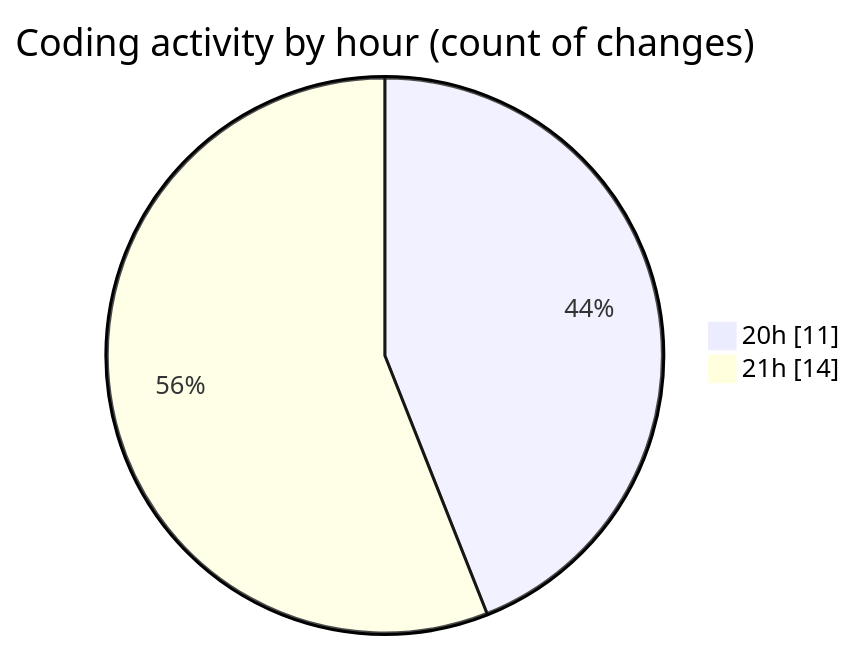
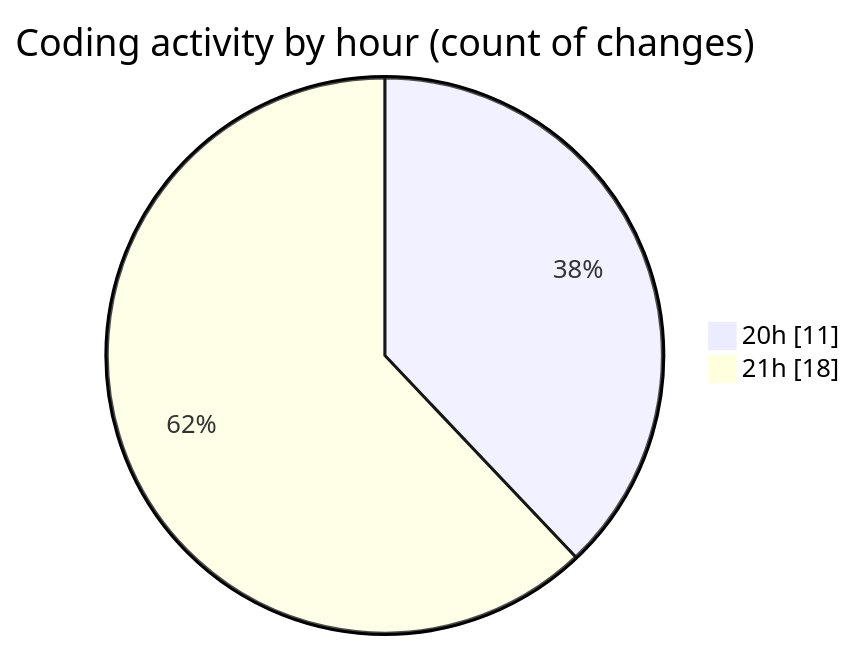
Before and after one commit to MatusMokan/code-tracking: the second of 2 diagrams in 2025-04-10/myws__workspace_/README.md, drawn with Mermaid. The commit also changed other lines of this file and 1 other file, not shown here.

````diff
--- a/2025-04-10/myws__workspace_/README.md
+++ b/2025-04-10/myws__workspace_/README.md
@@ -30,6 +30,6 @@
 ```mermaid
 pie showData
 title Coding activity by hour (count of changes)
 "20h" : 11
-"21h" : 14
+"21h" : 18
 ```
````
